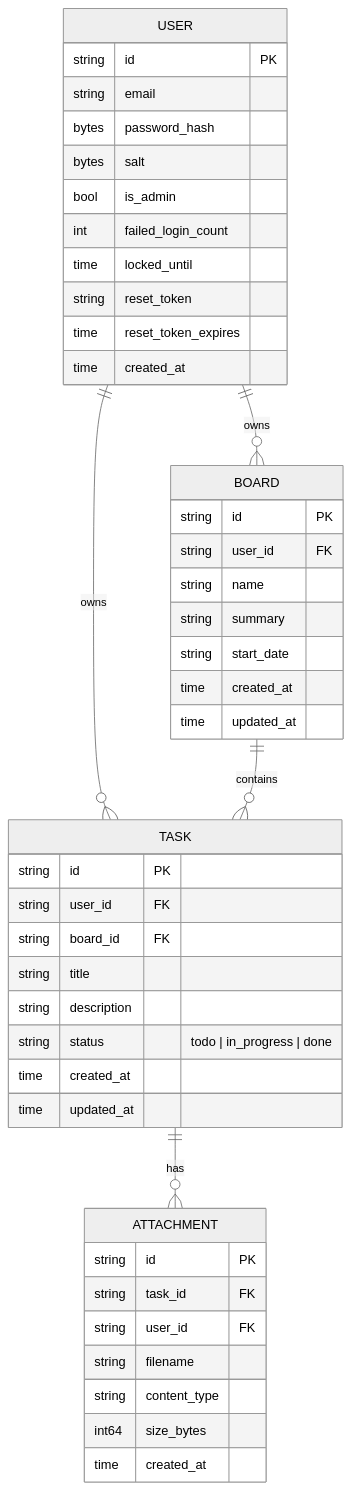
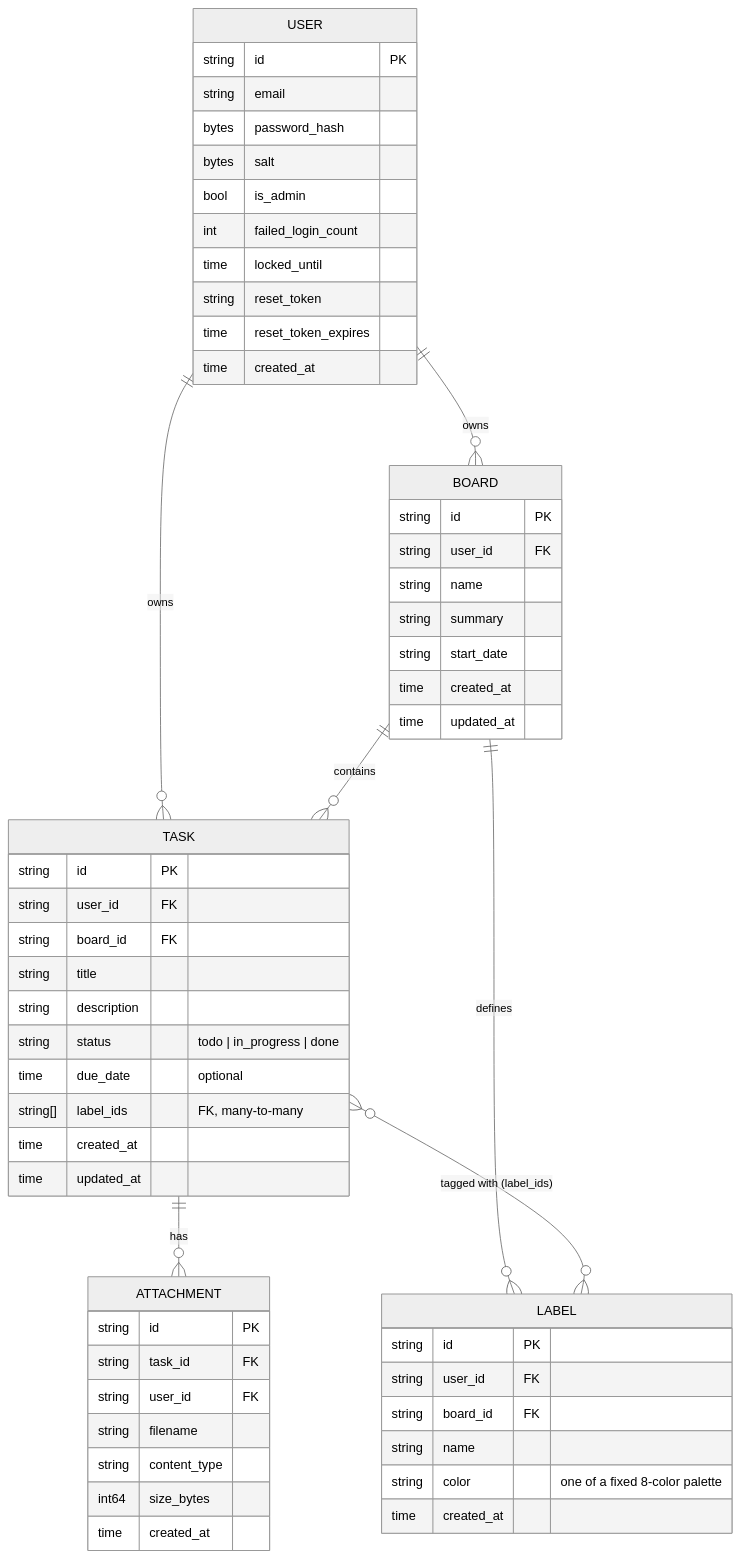
Before and after one commit to kasamajay/todo-app: the diagram in diagrams/data-model.md, drawn with Mermaid (neutral theme). The commit also changed other lines of this file and 18 other files, not shown here.

````diff
--- a/diagrams/data-model.md
+++ b/diagrams/data-model.md
@@ -5,48 +5,60 @@
 ```mermaid
 erDiagram
     USER ||--o{ BOARD : owns
     USER ||--o{ TASK : owns
     BOARD ||--o{ TASK : contains
+    BOARD ||--o{ LABEL : defines
     TASK ||--o{ ATTACHMENT : has
+    TASK }o--o{ LABEL : "tagged with (label_ids)"
 
     USER {
         string id PK
         string email
         bytes password_hash
         bytes salt
         bool is_admin
         int failed_login_count
         time locked_until
         string reset_token
         time reset_token_expires
         time created_at
     }
     BOARD {
         string id PK
         string user_id FK
         string name
         string summary
         string start_date
         time created_at
         time updated_at
     }
     TASK {
         string id PK
         string user_id FK
         string board_id FK
         string title
         string description
         string status "todo | in_progress | done"
+        time due_date "optional"
+        string[] label_ids "FK, many-to-many"
         time created_at
         time updated_at
+    }
+    LABEL {
+        string id PK
+        string user_id FK
+        string board_id FK
+        string name
+        string color "one of a fixed 8-color palette"
+        time created_at
     }
     ATTACHMENT {
         string id PK
         string task_id FK
         string user_id FK
         string filename
         string content_type
         int64 size_bytes
         time created_at
     }
 ```
````
